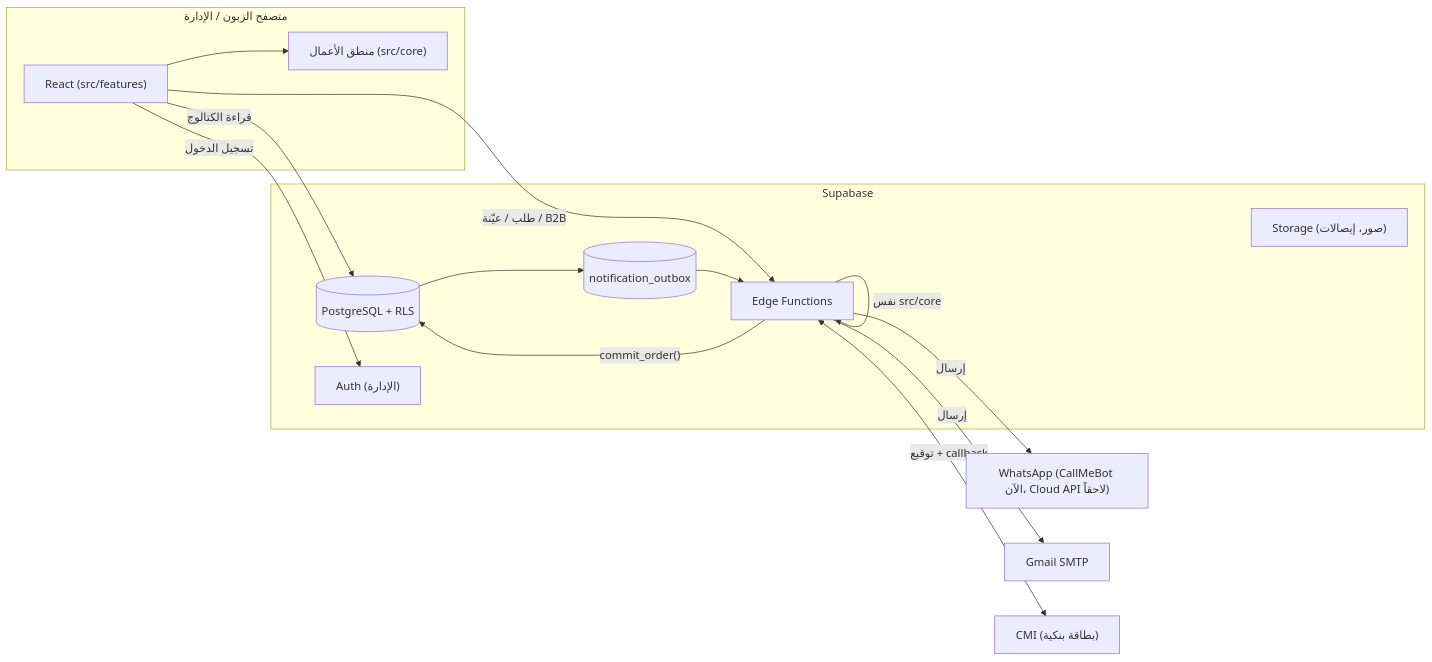
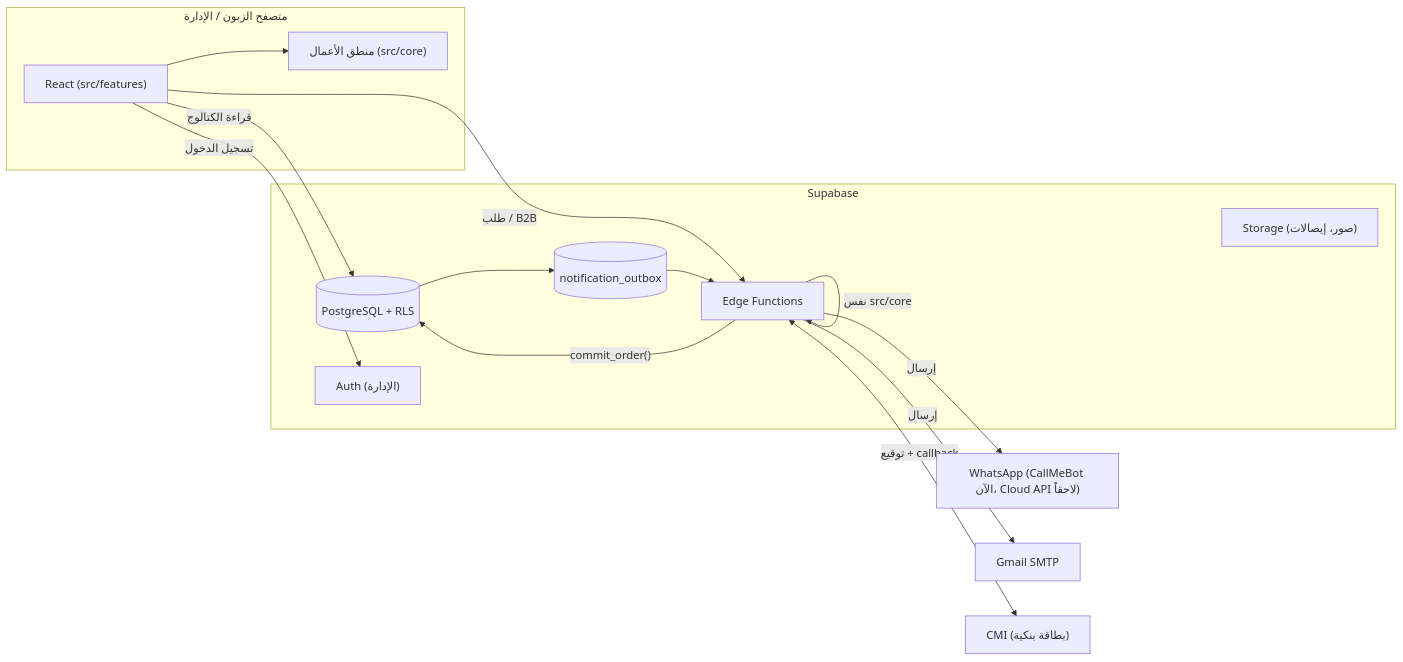
One commit to mohammedboghaleb9-boop/boga-cafe changed the first of 2 diagrams in docs/03-architecture.md. Above: the diagram before and after it, drawn with Mermaid. The commit also changed other lines of this file and 57 other files, not shown here.

````diff
--- a/docs/03-architecture.md
+++ b/docs/03-architecture.md
@@ -26,27 +26,27 @@
 ```mermaid
 flowchart LR
   subgraph Browser["متصفح الزبون / الإدارة"]
     UI["React (src/features)"]
     CORE["منطق الأعمال (src/core)"]
     UI --> CORE
   end
 
   subgraph Supabase
     DB[("PostgreSQL + RLS")]
     AUTH["Auth (الإدارة)"]
     ST["Storage (صور، إيصالات)"]
     EF["Edge Functions"]
     OUT[("notification_outbox")]
   end
 
   UI -- "قراءة الكتالوج" --> DB
   UI -- "تسجيل الدخول" --> AUTH
-  UI -- "طلب / عيّنة / B2B" --> EF
+  UI -- "طلب / B2B" --> EF
   EF -- "نفس src/core" --> EF
   EF -- "commit_order()" --> DB
   DB --> OUT
   EF -- "إرسال" --> WA["WhatsApp (CallMeBot الآن، Cloud API لاحقاً)"]
   EF -- "إرسال" --> GM["Gmail SMTP"]
   EF <-- "توقيع + callback" --> CMI["CMI (بطاقة بنكية)"]
   OUT --> EF
 ```
````
